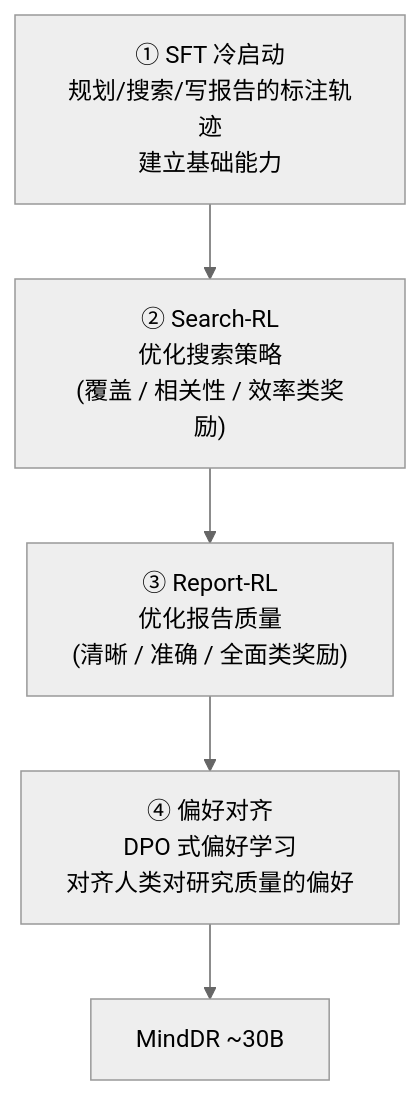
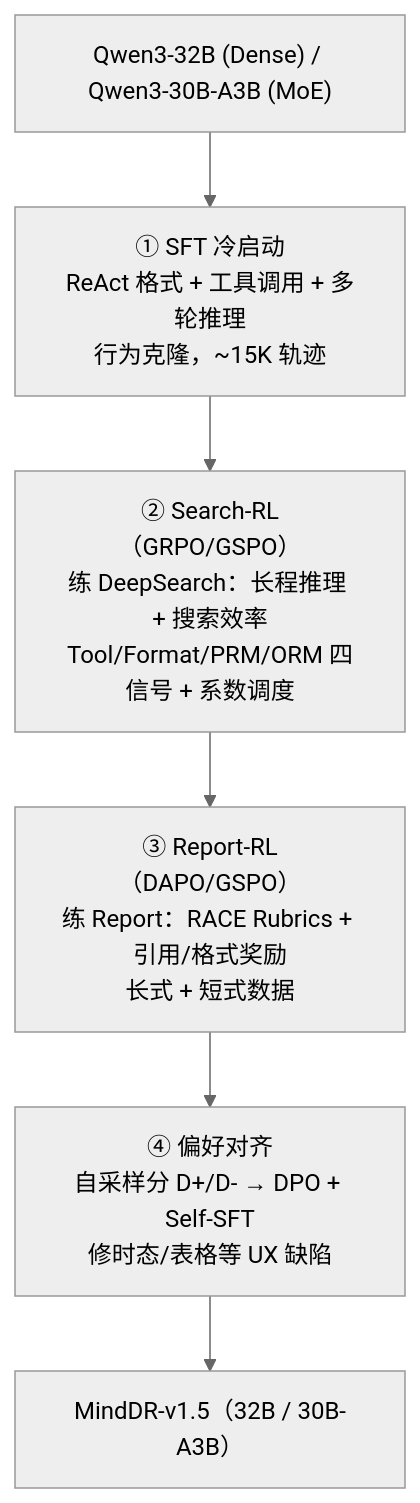
One commit to zhoujx4/llm-atlas changed the second of 2 diagrams in docs/agent/deep-research/mind-deepresearch.md. Above: the diagram before and after it, drawn with Mermaid (neutral theme). The commit also changed other lines of this file and 156 other files, not shown here.

First line of the commit message:
docs: 论文页按规范批量重排+配图，新增 Harness 工程演进四页

````diff
--- a/docs/agent/deep-research/mind-deepresearch.md
+++ b/docs/agent/deep-research/mind-deepresearch.md
@@ -37,7 +102,8 @@
 ```mermaid
 flowchart TD
-    A["① SFT 冷启动<br/>规划/搜索/写报告的标注轨迹<br/>建立基础能力"] --> B["② Search-RL<br/>优化搜索策略<br/>(覆盖 / 相关性 / 效率类奖励)"]
-    B --> C["③ Report-RL<br/>优化报告质量<br/>(清晰 / 准确 / 全面类奖励)"]
-    C --> D["④ 偏好对齐<br/>DPO 式偏好学习<br/>对齐人类对研究质量的偏好"]
-    D --> E["MindDR ~30B"]
+    Base["Qwen3-32B (Dense) / Qwen3-30B-A3B (MoE)"] --> SFT["① SFT 冷启动<br/>ReAct 格式 + 工具调用 + 多轮推理<br/>行为克隆，~15K 轨迹"]
+    SFT --> S["② Search-RL（GRPO/GSPO）<br/>练 DeepSearch：长程推理 + 搜索效率<br/>Tool/Format/PRM/ORM 四信号 + 系数调度"]
+    S --> R["③ Report-RL（DAPO/GSPO）<br/>练 Report：RACE Rubrics + 引用/格式奖励<br/>长式 + 短式数据"]
+    R --> A["④ 偏好对齐<br/>自采样分 D+/D- → DPO + Self-SFT<br/>修时态/表格等 UX 缺陷"]
+    A --> Final["MindDR-v1.5（32B / 30B-A3B）"]
 ```
````
